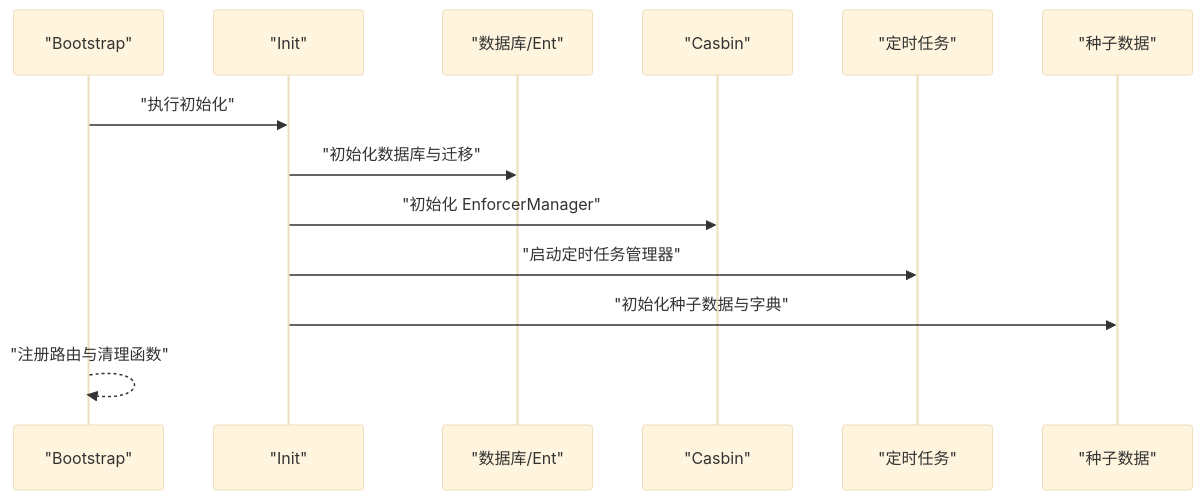
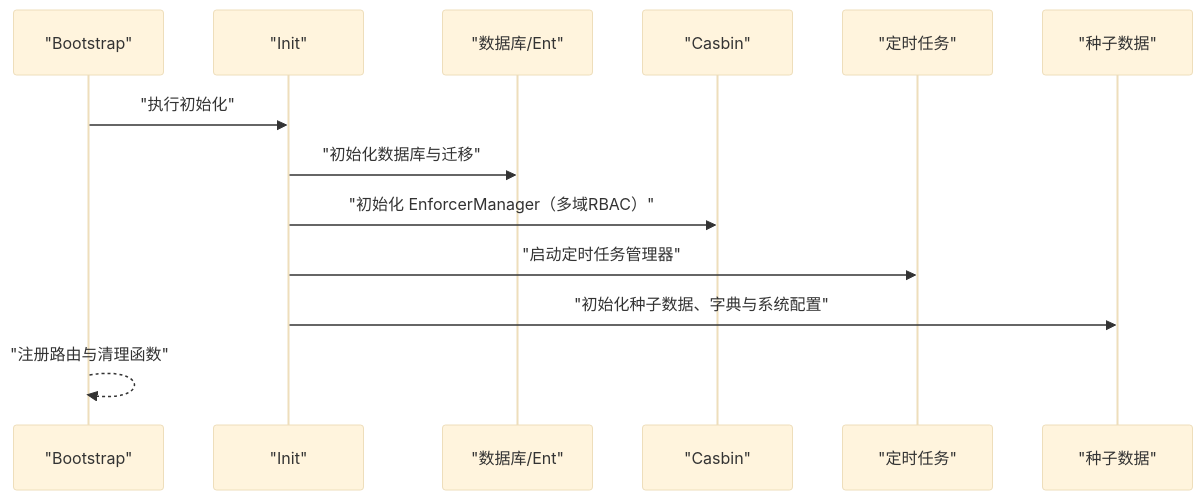
Before and after one commit to wuwuseo/e-sports-go-admin: the sixth of 7 diagrams in .qoder/repowiki/zh/content/中间件系统/中间件架构设计.md, drawn with Mermaid (base theme). The commit also changed other lines of this file and 42 other files, not shown here.

````diff
--- a/.qoder/repowiki/zh/content/中间件系统/中间件架构设计.md
+++ b/.qoder/repowiki/zh/content/中间件系统/中间件架构设计.md
@@ -267,15 +305,15 @@
 ```mermaid
 sequenceDiagram
 participant Boot as "Bootstrap"
 participant Init as "Init"
 participant DB as "数据库/Ent"
 participant CB as "Casbin"
 participant Cron as "定时任务"
 participant Seed as "种子数据"
 Boot->>Init : "执行初始化"
 Init->>DB : "初始化数据库与迁移"
-Init->>CB : "初始化 EnforcerManager"
+Init->>CB : "初始化 EnforcerManager（多域RBAC）"
 Init->>Cron : "启动定时任务管理器"
-Init->>Seed : "初始化种子数据与字典"
+Init->>Seed : "初始化种子数据、字典与系统配置"
 Boot-->>Boot : "注册路由与清理函数"
 ```
````
